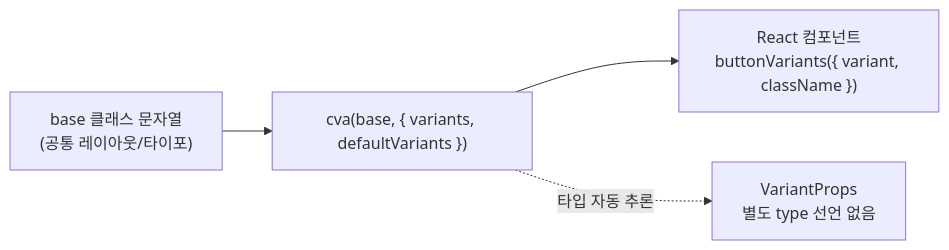
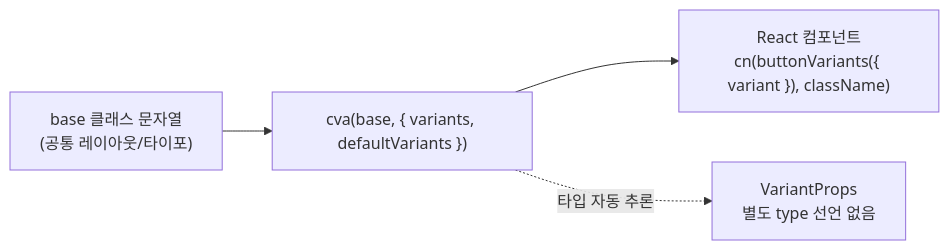
One commit to jeongho3786/myblog changed the second of 6 diagrams in docs/css-architecture.md. Above: the diagram before and after it, drawn with Mermaid. The commit also changed other lines of this file and 12 other files, not shown here.

````diff
--- a/docs/css-architecture.md
+++ b/docs/css-architecture.md
@@ -66,6 +66,6 @@
 ```mermaid
 flowchart LR
     Base["base 클래스 문자열<br/>(공통 레이아웃/타이포)"] --> CVA["cva(base, { variants, defaultVariants })"]
-    CVA --> Comp["React 컴포넌트<br/>buttonVariants({ variant, className })"]
+    CVA --> Comp["React 컴포넌트<br/>cn(buttonVariants({ variant }), className)"]
     CVA -.타입 자동 추론.-> Props["VariantProps<typeof buttonVariants><br/>별도 type 선언 없음"]
 ```
````
